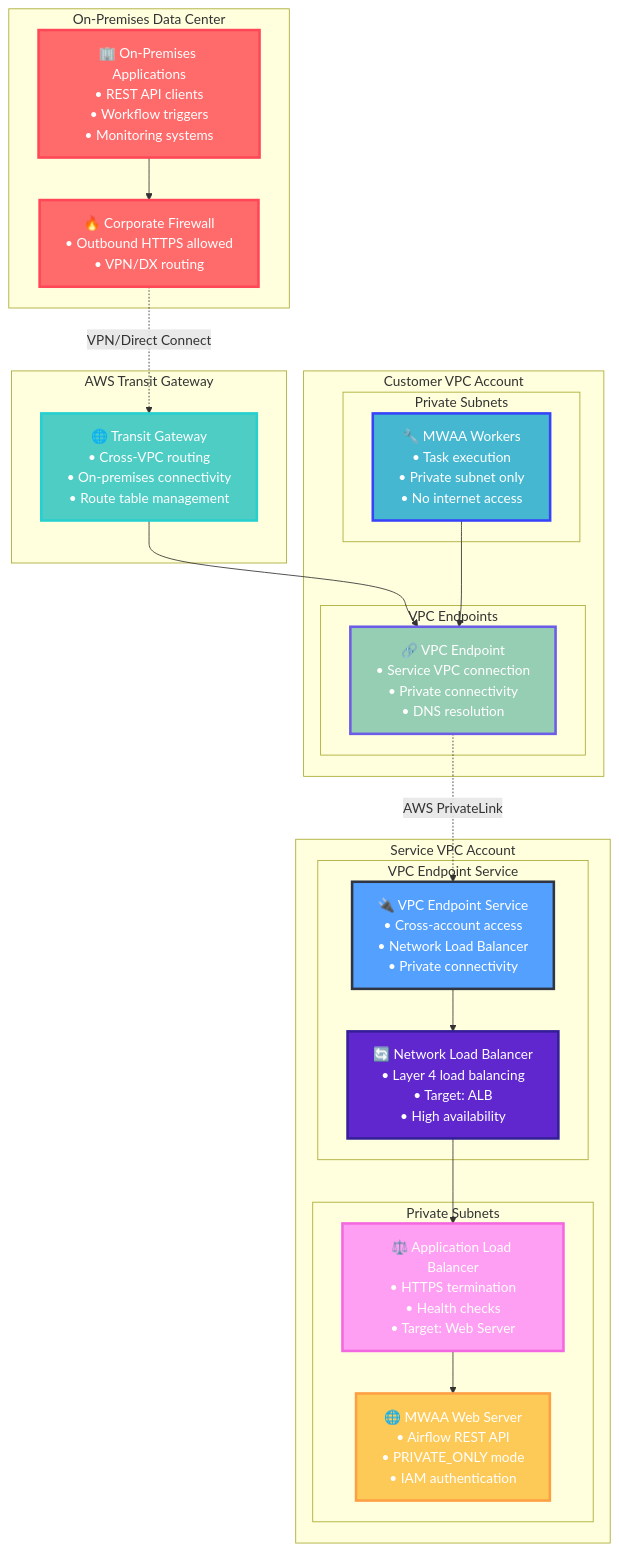
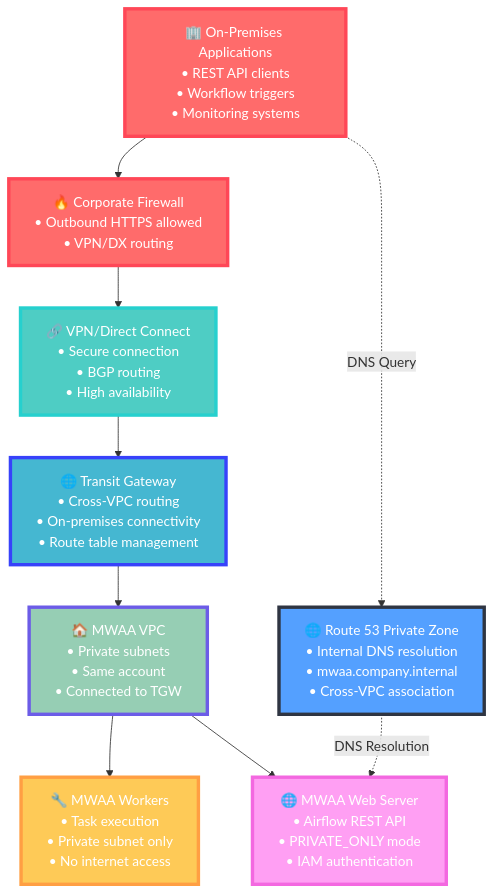
Diagram 11 of 12 in README.md (demoq-demo/mwaa), drawn with Mermaid before and after one commit. The commit also changed other lines of this file, not shown here.

````diff
--- a/README.md
+++ b/README.md
@@ -869,52 +869,35 @@
 ```mermaid
 graph TB
-    subgraph "On-Premises Data Center"
-        ONPREM[🏢 On-Premises Applications<br/>• REST API clients<br/>• Workflow triggers<br/>• Monitoring systems]:::onprem
-        FIREWALL[🔥 Corporate Firewall<br/>• Outbound HTTPS allowed<br/>• VPN/DX routing]:::onprem
-    end
+    ONPREM[🏢 On-Premises Applications<br/>• REST API clients<br/>• Workflow triggers<br/>• Monitoring systems]:::onprem
+    FIREWALL[🔥 Corporate Firewall<br/>• Outbound HTTPS allowed<br/>• VPN/DX routing]:::onprem
     
-    subgraph "AWS Transit Gateway"
-        TGW[🌐 Transit Gateway<br/>• Cross-VPC routing<br/>• On-premises connectivity<br/>• Route table management]:::tgw
-    end
+    VPN[🔗 VPN/Direct Connect<br/>• Secure connection<br/>• BGP routing<br/>• High availability]:::vpn
     
-    subgraph "Customer VPC Account"
-        subgraph "Private Subnets"
-            WORKERS[🔧 MWAA Workers<br/>• Task execution<br/>• Private subnet only<br/>• No internet access]:::workers
-        end
-        
-        subgraph "VPC Endpoints"
-            VPCE[🔗 VPC Endpoint<br/>• Service VPC connection<br/>• Private connectivity<br/>• DNS resolution]:::vpce
-        end
-    end
+    TGW[🌐 Transit Gateway<br/>• Cross-VPC routing<br/>• On-premises connectivity<br/>• Route table management]:::tgw
     
-    subgraph "Service VPC Account"
-        subgraph "Private Subnets"
-            WEBSERVER[🌐 MWAA Web Server<br/>• Airflow REST API<br/>• PRIVATE_ONLY mode<br/>• IAM authentication]:::webserver
-            ALB[⚖️ Application Load Balancer<br/>• HTTPS termination<br/>• Health checks<br/>• Target: Web Server]:::alb
-        end
-        
-        subgraph "VPC Endpoint Service"
-            VPCES[🔌 VPC Endpoint Service<br/>• Cross-account access<br/>• Network Load Balancer<br/>• Private connectivity]:::vpces
-            NLB[🔄 Network Load Balancer<br/>• Layer 4 load balancing<br/>• Target: ALB<br/>• High availability]:::nlb
-        end
-    end
+    MWAAVPC[🏠 MWAA VPC<br/>• Private subnets<br/>• Same account<br/>• Connected to TGW]:::vpc
+    
+    WORKERS[🔧 MWAA Workers<br/>• Task execution<br/>• Private subnet only<br/>• No internet access]:::workers
+    
+    WEBSERVER[🌐 MWAA Web Server<br/>• Airflow REST API<br/>• PRIVATE_ONLY mode<br/>• IAM authentication]:::webserver
+    
+    DNS[🌐 Route 53 Private Zone<br/>• Internal DNS resolution<br/>• mwaa.company.internal<br/>• Cross-VPC association]:::dns
     
     ONPREM --> FIREWALL
-    FIREWALL -.->|VPN/Direct Connect| TGW
-    TGW --> VPCE
-    VPCE -.->|AWS PrivateLink| VPCES
-    VPCES --> NLB
-    NLB --> ALB
-    ALB --> WEBSERVER
+    FIREWALL --> VPN
+    VPN --> TGW
+    TGW --> MWAAVPC
+    MWAAVPC --> WORKERS
+    MWAAVPC --> WEBSERVER
     
-    WORKERS --> VPCE
+    DNS -.->|DNS Resolution| WEBSERVER
+    ONPREM -.->|DNS Query| DNS
     
-    classDef onprem fill:#FF6B6B,stroke:#FF4757,stroke-width:3px,color:#fff
-    classDef tgw fill:#4ECDC4,stroke:#26D0CE,stroke-width:3px,color:#fff
-    classDef workers fill:#45B7D1,stroke:#3742FA,stroke-width:3px,color:#fff
-    classDef vpce fill:#96CEB4,stroke:#6C5CE7,stroke-width:3px,color:#fff
-    classDef webserver fill:#FECA57,stroke:#FF9F43,stroke-width:3px,color:#fff
-    classDef alb fill:#FF9FF3,stroke:#F368E0,stroke-width:3px,color:#fff
-    classDef vpces fill:#54A0FF,stroke:#2F3542,stroke-width:3px,color:#fff
-    classDef nlb fill:#5F27CD,stroke:#341F97,stroke-width:3px,color:#fff
+    classDef onprem fill:#FF6B6B,stroke:#FF4757,stroke-width:4px,color:#fff
+    classDef vpn fill:#4ECDC4,stroke:#26D0CE,stroke-width:4px,color:#fff
+    classDef tgw fill:#45B7D1,stroke:#3742FA,stroke-width:4px,color:#fff
+    classDef vpc fill:#96CEB4,stroke:#6C5CE7,stroke-width:4px,color:#fff
+    classDef workers fill:#FECA57,stroke:#FF9F43,stroke-width:4px,color:#fff
+    classDef webserver fill:#FF9FF3,stroke:#F368E0,stroke-width:4px,color:#fff
+    classDef dns fill:#54A0FF,stroke:#2F3542,stroke-width:4px,color:#fff
 ```
````
